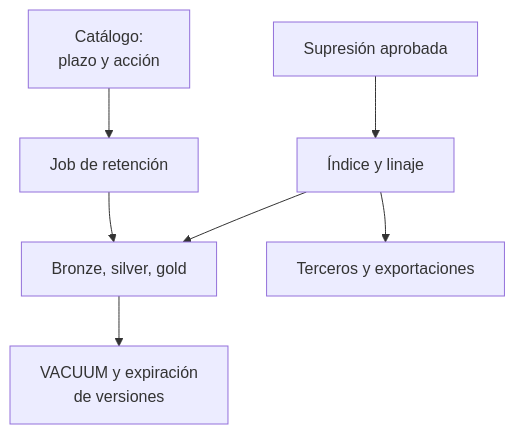
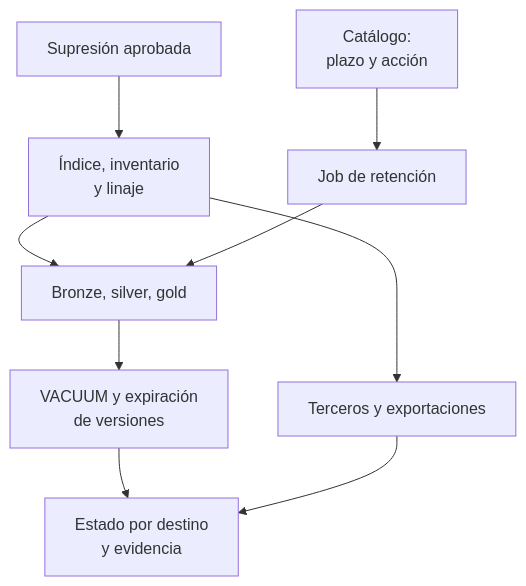
Before and after one commit to fcp4891/de-knowledge-hub: the second of 2 diagrams in content/concepts/retention-and-erasure.md, drawn with Mermaid. The commit also changed other lines of this file and 1 other file, not shown here.

````diff
--- a/content/concepts/retention-and-erasure.md
+++ b/content/concepts/retention-and-erasure.md
@@ -167,9 +191,10 @@
 ```mermaid
 flowchart TB
-  R["Supresión aprobada"] --> X["Índice y linaje"]
+  R["Supresión aprobada"] --> X["Índice, inventario<br/>y linaje"]
   C["Catálogo:<br/>plazo y acción"] --> J["Job de retención"]
   X --> P["Bronze, silver, gold"]
   J --> P
   X --> T["Terceros y exportaciones"]
   P --> V["VACUUM y expiración<br/>de versiones"]
+  V & T --> E["Estado por destino<br/>y evidencia"]
 ```
````
